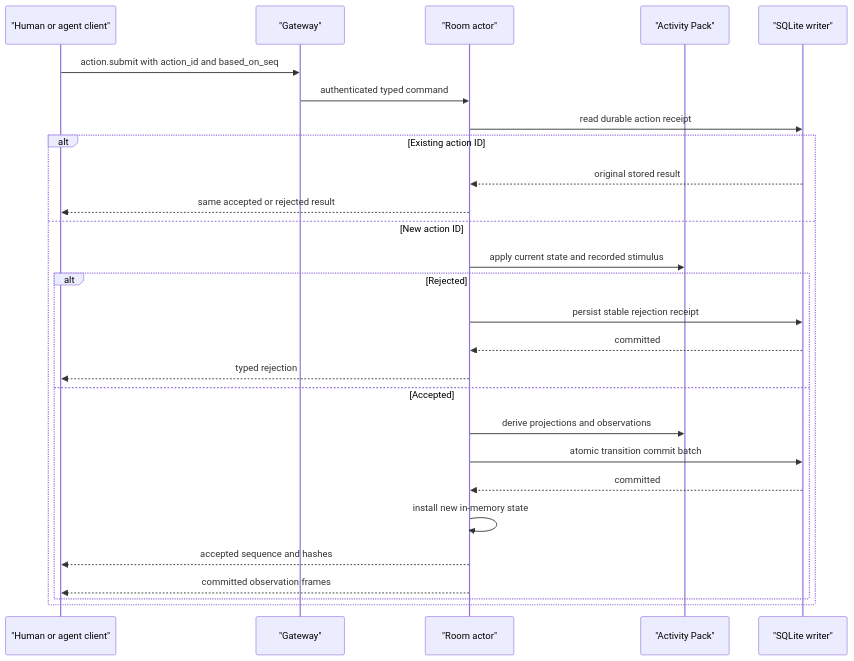
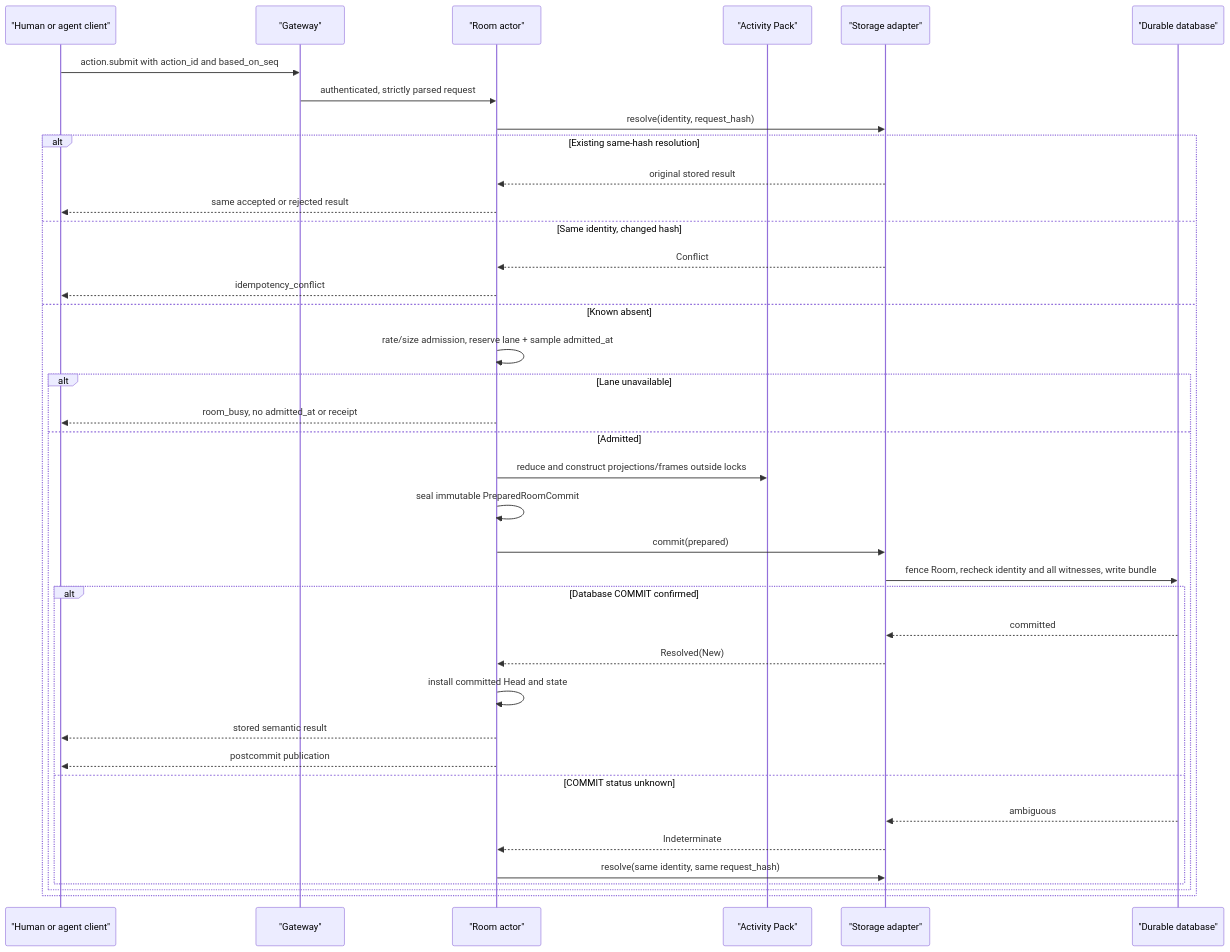
The second of 3 diagrams in docs/architecture.md (imom39a/worldstream), drawn with Mermaid before and after one commit. The commit also changed other lines of this file and 7 other files, not shown here.

Commit message:
Freeze Room commit and semantic timer contracts

```diff
--- a/docs/architecture.md
+++ b/docs/architecture.md
@@ -366,32 +433,42 @@
 ~~~mermaid
 sequenceDiagram
     participant C as "Human or agent client"
     participant G as "Gateway"
     participant R as "Room actor"
     participant P as "Activity Pack"
-    participant S as "SQLite writer"
+    participant S as "Storage adapter"
+    participant D as "Durable database"
 
     C->>G: action.submit with action_id and based_on_seq
-    G->>R: authenticated typed command
-    R->>S: read durable action receipt
+    G->>R: authenticated, strictly parsed request
+    R->>S: resolve(identity, request_hash)
 
-    alt Existing action ID
+    alt Existing same-hash resolution
         S-->>R: original stored result
         R-->>C: same accepted or rejected result
-    else New action ID
-        R->>P: apply current state and recorded stimulus
-
-        alt Rejected
-            R->>S: persist stable rejection receipt
-            S-->>R: committed
-            R-->>C: typed rejection
-        else Accepted
-            R->>P: derive projections and observations
-            R->>S: atomic transition commit batch
-            S-->>R: committed
-            R->>R: install new in-memory state
-            R-->>C: accepted sequence and hashes
-            R-->>C: committed observation frames
+    else Same identity, changed hash
+        S-->>R: Conflict
+        R-->>C: idempotency_conflict
+    else Known absent
+        R->>R: rate/size admission, reserve lane + sample admitted_at
+        alt Lane unavailable
+            R-->>C: room_busy, no admitted_at or receipt
+        else Admitted
+            R->>P: reduce and construct projections/frames outside locks
+            R->>R: seal immutable PreparedRoomCommit
+            R->>S: commit(prepared)
+            S->>D: fence Room, recheck identity and all witnesses, write bundle
+            alt Database COMMIT confirmed
+                D-->>S: committed
+                S-->>R: Resolved(New)
+                R->>R: install committed Head and state
+                R-->>C: stored semantic result
+                R-->>C: postcommit publication
+            else COMMIT status unknown
+                D-->>S: ambiguous
+                S-->>R: Indeterminate
+                R->>S: resolve(same identity, same request_hash)
+            end
         end
     end
 ~~~
```
